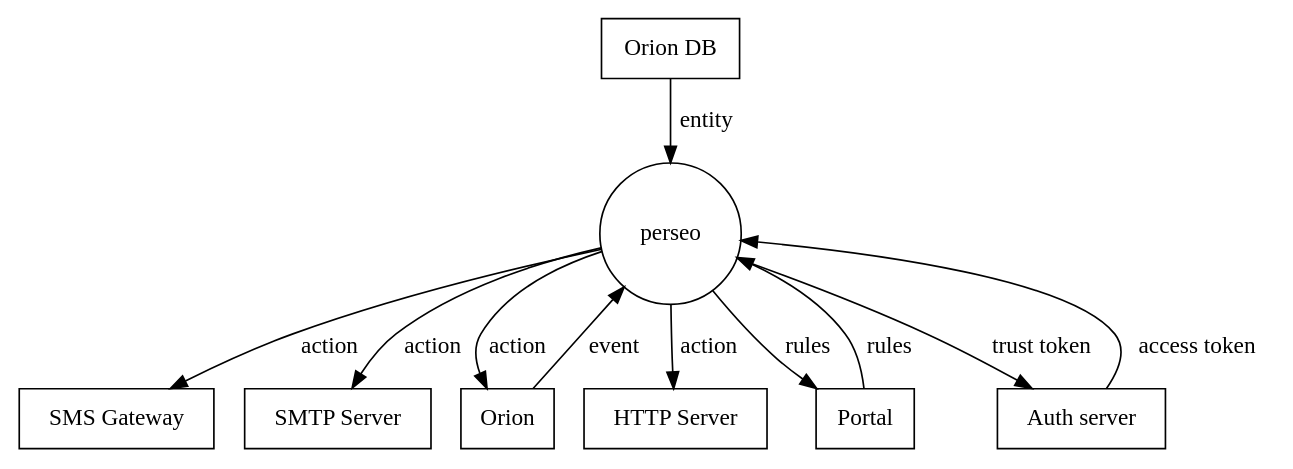
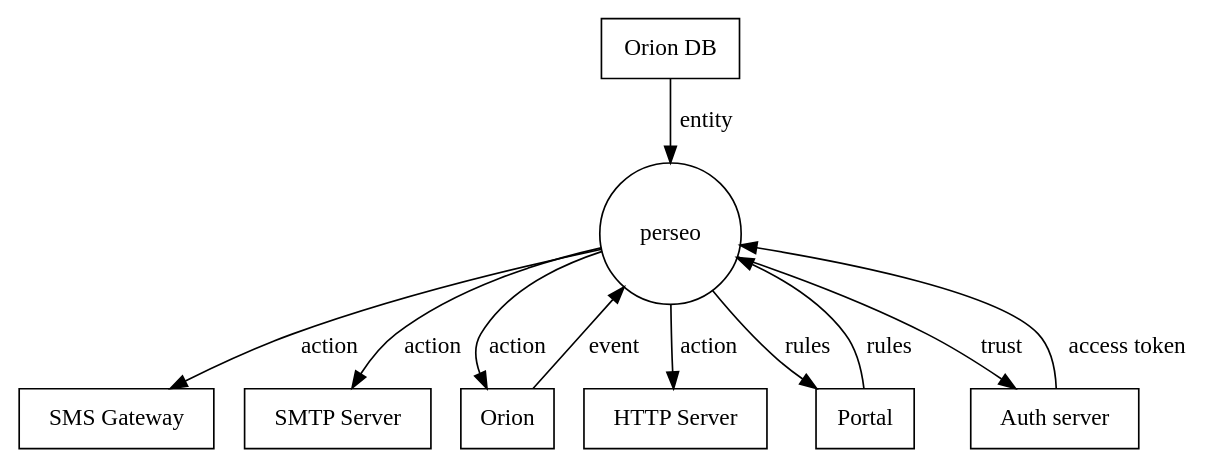
The diagram in docs/images/dfd-0.dot (telefonicaid/perseo-fe), drawn with Graphviz before and after one commit. The commit also changed 1 other file, not shown here.

Commit message:
replate trust token by trust

```diff
--- a/docs/images/dfd-0.dot
+++ b/docs/images/dfd-0.dot
@@ -1,26 +1,26 @@
 digraph dfd0 {
 
     perseo[shape=circle];
-	sms[label="SMS Gateway"] [shape=box];
-	smtp[label="SMTP Server"] [shape=box];
-	orion[label="Orion"] [shape=box];
-	oriondb[label="Orion DB"] [shape=box];
-	http[label="HTTP Server"] [shape=box];
-	portal[label="Portal"] [shape=box];
-	auth[label="Auth server"] [shape=box];
+        sms[label="SMS Gateway"] [shape=box];
+        smtp[label="SMTP Server"] [shape=box];
+        orion[label="Orion"] [shape=box];
+        oriondb[label="Orion DB"] [shape=box];
+        http[label="HTTP Server"] [shape=box];
+        portal[label="Portal"] [shape=box];
+        auth[label="Auth server"] [shape=box];
 
-	perseo -> sms [label="action"];
-	perseo -> smtp [label="action"];
-	perseo -> http [label="action"];
-	orion -> perseo [label="event"];
-	perseo -> orion [label="action"];
-	portal -> perseo [label="rules"];
-	perseo -> portal [label="rules"];
-	oriondb -> perseo [label="entity"];
-	perseo -> auth [label="trust token"];
-	auth -> perseo [label="access token"];
+        perseo -> sms [label="action"];
+        perseo -> smtp [label="action"];
+        perseo -> http [label="action"];
+        orion -> perseo [label="event"];
+        perseo -> orion [label="action"];
+        portal -> perseo [label="rules"];
+        perseo -> portal [label="rules"];
+        oriondb -> perseo [label="entity"];
+        perseo -> auth [label="trust"];
+        auth -> perseo [label="access token"];
 
-	{ rank=uno; sms smtp http  }
-	{ rank=two; orion oriondb portal }
+        { rank=uno; sms smtp http  }
+        { rank=two; orion oriondb portal }
 
  }
```
